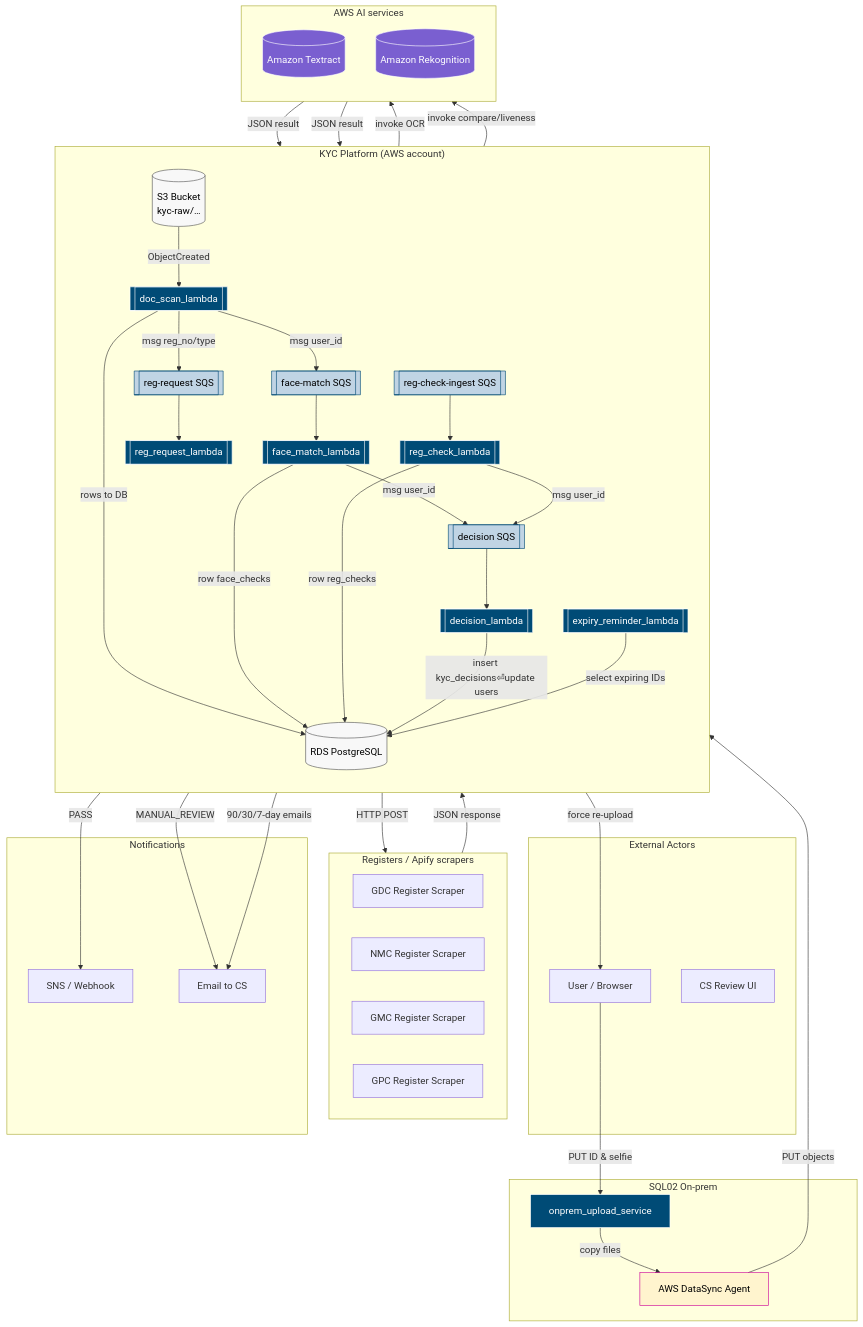
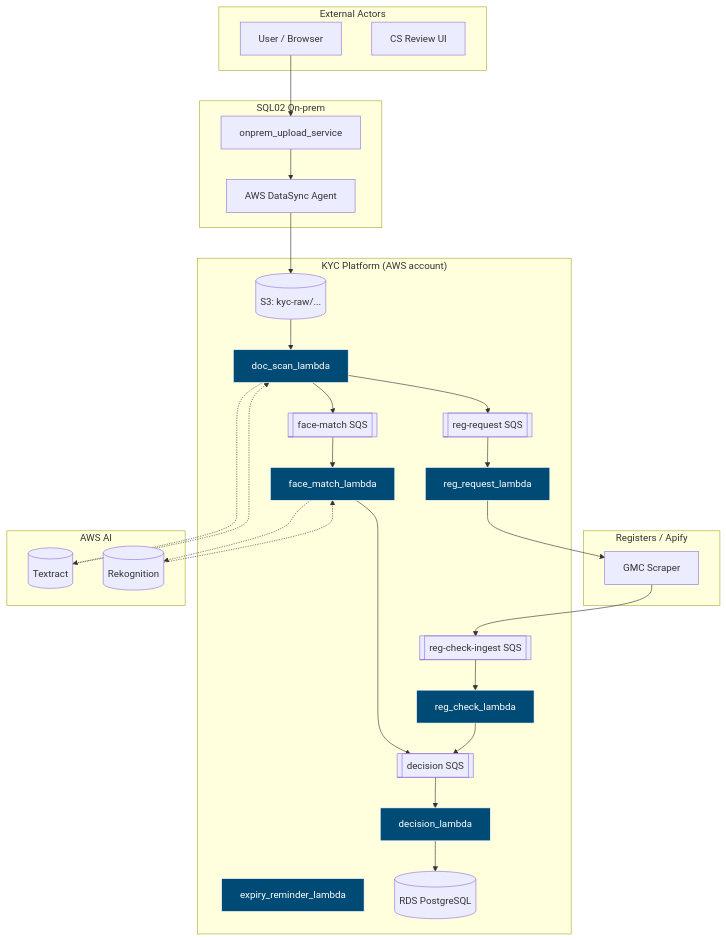
One commit to otam-mato/KYC_app changed the first of 3 diagrams in README.md. Above: the diagram before and after it, drawn with Mermaid. The commit also changed other lines of this file, not shown here.

````diff
--- a/README.md
+++ b/README.md
@@ -22,107 +24,50 @@
 ```mermaid
-%%  KYC platform – component diagram 
+%%  KYC platform – component diagram (simplified)
 graph TD
+  subgraph "External Actors"
+    User["User / Browser"]
+    CSUI["CS Review UI"]
+  end
 
-    %% ─────────  EXTERNAL ACTORS  ─────────
-    subgraph "External Actors"
-        User["User / Browser"]
-        CSUI["CS Review UI"]
-    end
+  subgraph "KYC Platform (AWS account)"
+    S3[(S3: kyc-raw/...)]
+    FaceQ[[face-match SQS]]
+    RegReqQ[[reg-request SQS]]
+    RegRespQ[[reg-check-ingest SQS]]
+    DecQ[[decision SQS]]
 
-    %% ─────────  AWS KYC PLATFORM  ───────
-    subgraph "KYC Platform (AWS account)"
-        direction TB
+    DocScan[doc_scan_lambda]
+    ReqMaker[reg_request_lambda]
+    FaceMatch[face_match_lambda]
+    RegCheck[reg_check_lambda]
+    Decision[decision_lambda]
+    Expiry[expiry_reminder_lambda]
 
-        S3[(S3 Bucket<br/>kyc-raw/…)]:::store
+    DB[(RDS PostgreSQL)]
+  end
 
-        FaceQ[[face-match SQS]]:::queue
-        RegReqQ[[reg-request SQS]]:::queue
-        RegRespQ[[reg-check-ingest SQS]]:::queue
-        DecQ[[decision SQS]]:::queue
+  subgraph "SQL02 On‑prem"
+    OnPrem[onprem_upload_service]
+    DataSync[AWS DataSync Agent]
+  end
 
-        DocScan[[doc_scan_lambda]]:::lambda
-        ReqMaker[[reg_request_lambda]]:::lambda
-        FaceMatch[[face_match_lambda]]:::lambda
-        RegCheck[[reg_check_lambda]]:::lambda
-        Decision[[decision_lambda]]:::lambda
-        Expiry[[expiry_reminder_lambda]]:::lambda
+  subgraph "Registers / Apify"
+    ApifyGMC["GMC Scraper"]
+  end
 
-        DB[(RDS PostgreSQL)]:::store
-    end
+  subgraph "AWS AI"
+    Textract[(Textract)]
+    Rekog[(Rekognition)]
+  end
 
-    %% ─────────  SQL02 ON-PREM / EDGE  ─────────
-    subgraph "SQL02 On-prem"
-        OnPremSvc["onprem_upload_service"]:::lambda
-        DataSyncAgent["AWS DataSync Agent"]:::source
-    end
+  User --> OnPrem --> DataSync --> S3
+  S3 --> DocScan
+  DocScan -.-> Textract -.-> DocScan
+  DocScan --> FaceQ & RegReqQ
+  FaceQ --> FaceMatch -.-> Rekog -.-> FaceMatch --> DecQ
+  RegReqQ --> ReqMaker --> ApifyGMC --> RegRespQ --> RegCheck --> DecQ
+  DecQ --> Decision --> DB
 
-    %% ─────────  REGISTERS / APIFY  ───────
-    subgraph APIFY_BOX["Registers / Apify scrapers"]
-        direction LR
-        ApifyGDC["GDC Register Scraper"]
-        ApifyNMC["NMC Register Scraper"]
-        ApifyGMC["GMC Register Scraper"]
-        ApifyGPC["GPC Register Scraper"]
-    end
-
-    %% ─────────  AWS AI SERVICES  ─────────
-    subgraph "AWS AI services"
-        direction TB
-        Textract[(Amazon Textract)]:::ai
-        Rekog[(Amazon Rekognition)]:::ai
-    end
-
-    %% ─────────  NOTIFICATION  ───────────
-    subgraph "Notifications"
-        NotifySNS["SNS / Webhook"]
-        NotifyEmail["Email to CS"]
-    end
-
-    %% ─────────  FLOWS ─────────
-    User -->|"PUT ID & selfie"| OnPremSvc
-    OnPremSvc -- "copy files" --> DataSyncAgent
-    DataSyncAgent -->|"PUT objects"| S3
-
-    S3 -- "ObjectCreated" --> DocScan
-    DocScan -- "invoke OCR"       --> Textract
-    Textract -- "JSON result"     --> DocScan
-    DocScan -- "rows to DB"       --> DB
-    DocScan -- "msg user_id"      --> FaceQ
-    DocScan -- "msg reg_no/type"  --> RegReqQ
-
-    FaceQ --> FaceMatch
-    FaceMatch -- "invoke compare/liveness" --> Rekog
-    Rekog -- "JSON result"                 --> FaceMatch
-    FaceMatch -- "row face_checks"         --> DB
-    FaceMatch -- "msg user_id"             --> DecQ
-
-    RegReqQ --> ReqMaker
-    ReqMaker -- "HTTP POST"      --> APIFY_BOX
-    APIFY_BOX -- "JSON response" --> RegRespQ
-
-    RegRespQ --> RegCheck
-    RegCheck -- "row reg_checks" --> DB
-    RegCheck -- "msg user_id"    --> DecQ
-
-    DecQ --> Decision
-    Decision -- "insert kyc_decisions⏎update users" --> DB
-    Decision -- "PASS"          --> NotifySNS
-    Decision -- "MANUAL_REVIEW" --> NotifyEmail
-
-    Expiry -- "select expiring IDs" --> DB
-    Expiry -- "90/30/7-day emails"  --> NotifyEmail
-    Expiry -- "force re-upload"     --> User
-
-    %% ─────────  STYLING  ─────────
-    classDef lambda fill:#004B76,stroke:#fff,color:#fff;
-    classDef queue  fill:#C0D4E4,stroke:#004B76,color:#000;
-    classDef store  fill:#F8F8F8,stroke:#555,color:#000;
-    classDef source fill:#FFF4CE,stroke:#C09,color:#000;
-    classDef ai     fill:#7A5FD0,stroke:#fff,color:#fff;
-
-    class OnPremSvc,DocScan,ReqMaker,FaceMatch,RegCheck,Decision,Expiry lambda;
-    class FaceQ,RegReqQ,RegRespQ,DecQ queue;
-    class S3,DB store;
-    class DataSyncAgent source;
-    class Textract,Rekog ai;
+  classDef lambda fill:#004b76,stroke:#fff,color:#fff;
+  class DocScan,ReqMaker,FaceMatch,RegCheck,Decision,Expiry lambda;
 ```
````
